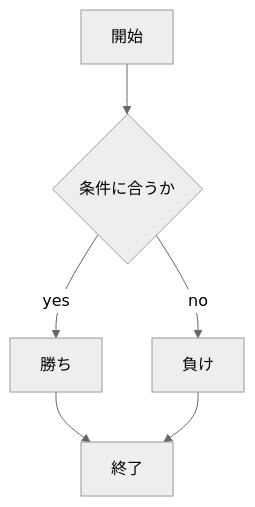
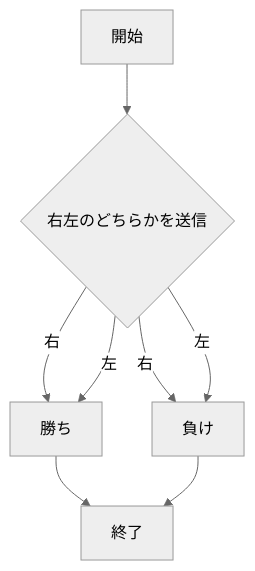
The fifth of 6 diagrams in README.md (Kyanaumi/webpro_06), drawn with Mermaid (neutral theme) before and after one commit. The commit also changed other lines of this file and 3 other files, not shown here.

````diff
--- a/README.md
+++ b/README.md
@@ -23,15 +108,17 @@
 ```mermaid
 flowchart TD;
 
 start["開始"];
 end1["終了"]
-if{"条件に合うか"}
+if{"右左のどちらかを送信"}
 win["勝ち"]
 loose["負け"]
 
 start --> if
-if -->|yes| win
+if -->|右| win
+if --> |左| win
 win --> end1
-if -->|no| loose
+if -->|右| loose
+if -->|左| loose
 loose--> end1
 ```
````
